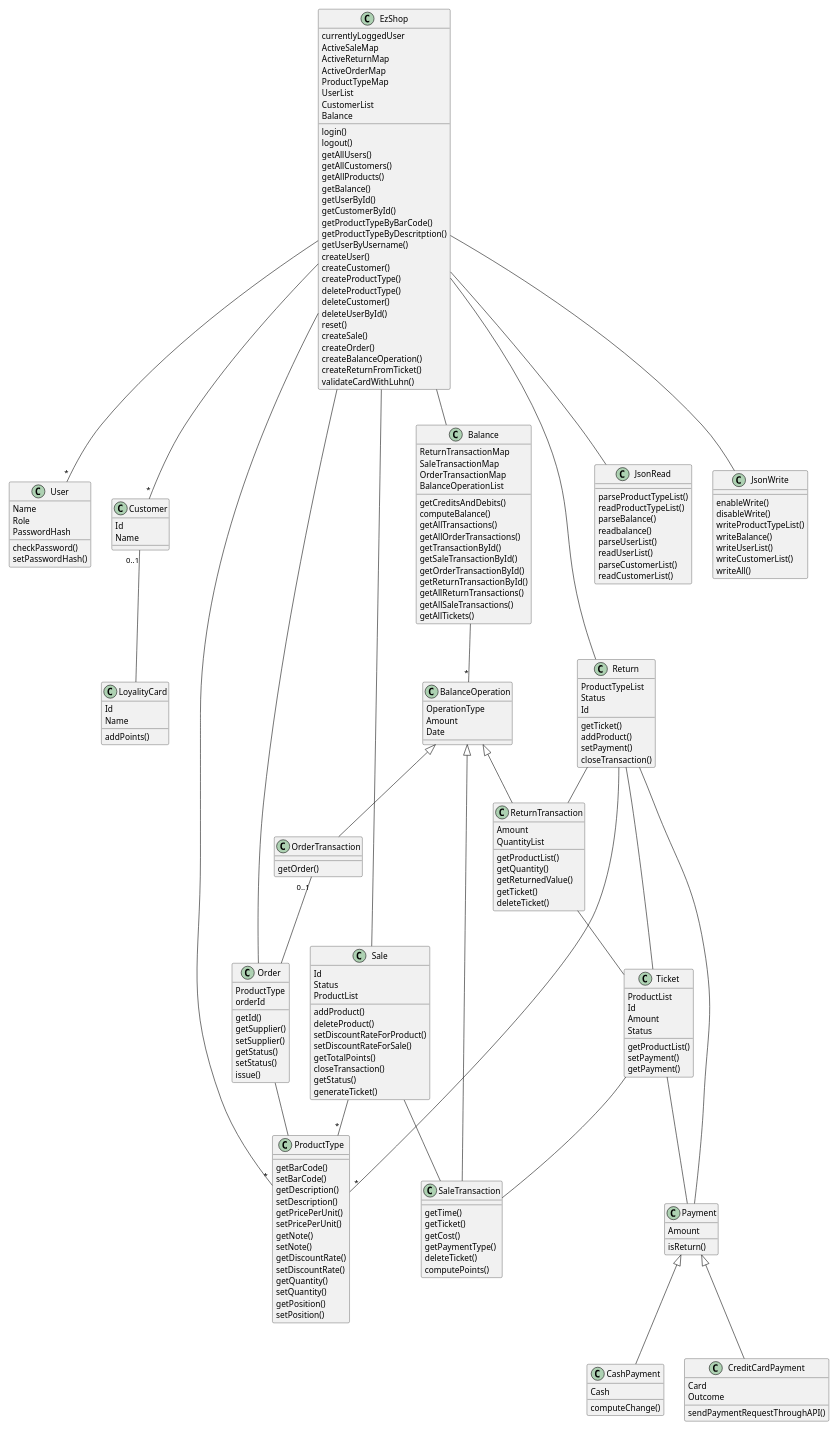
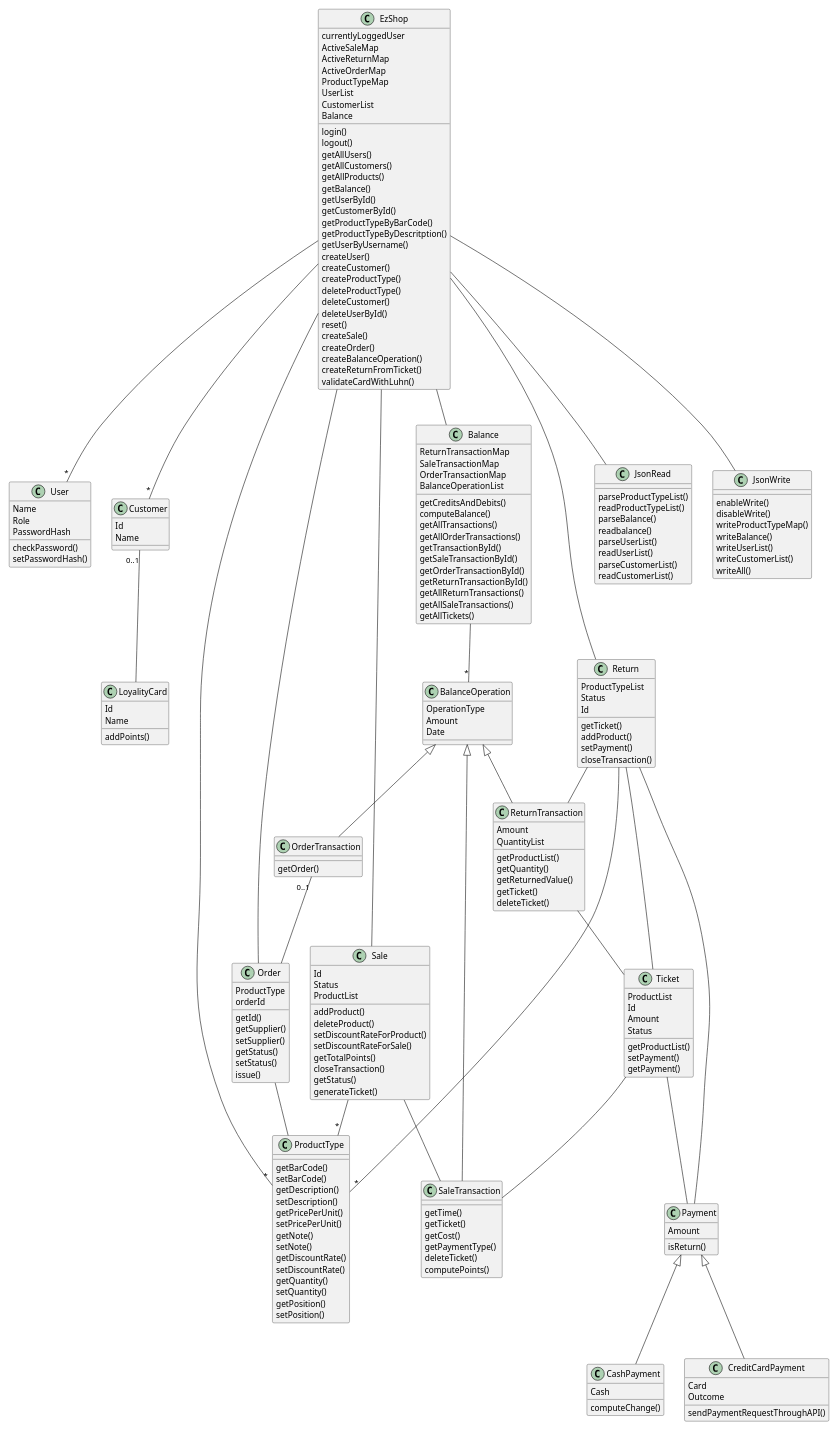
Before and after one commit to paolotron/EzshoProject31: the second of 15 diagrams in Deliverables/DesignDocument.md, drawn with PlantUML.

```diff
--- a/Deliverables/DesignDocument.md
+++ b/Deliverables/DesignDocument.md
@@ -224,7 +224,7 @@
 class JsonWrite{
     enableWrite()
     disableWrite()
-    writeProductTypeList()
+    writeProductTypeMap()
     writeBalance()
     writeUserList()
     writeCustomerList()
```
